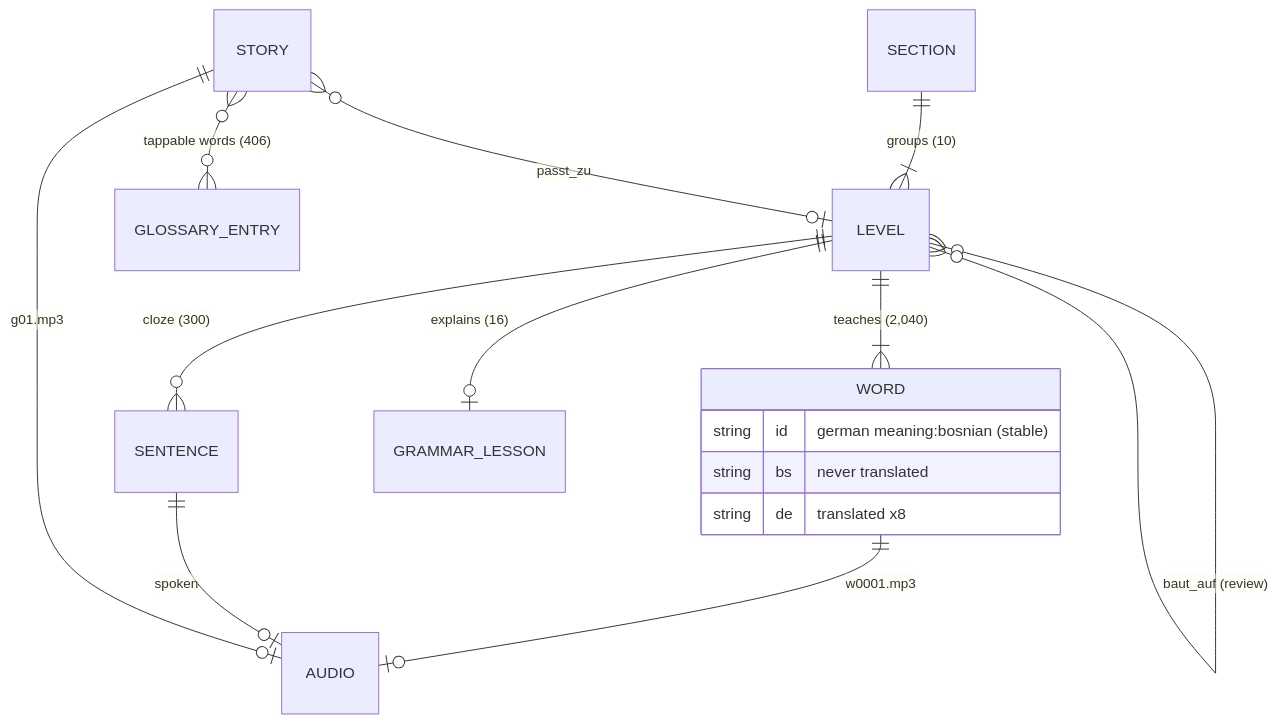
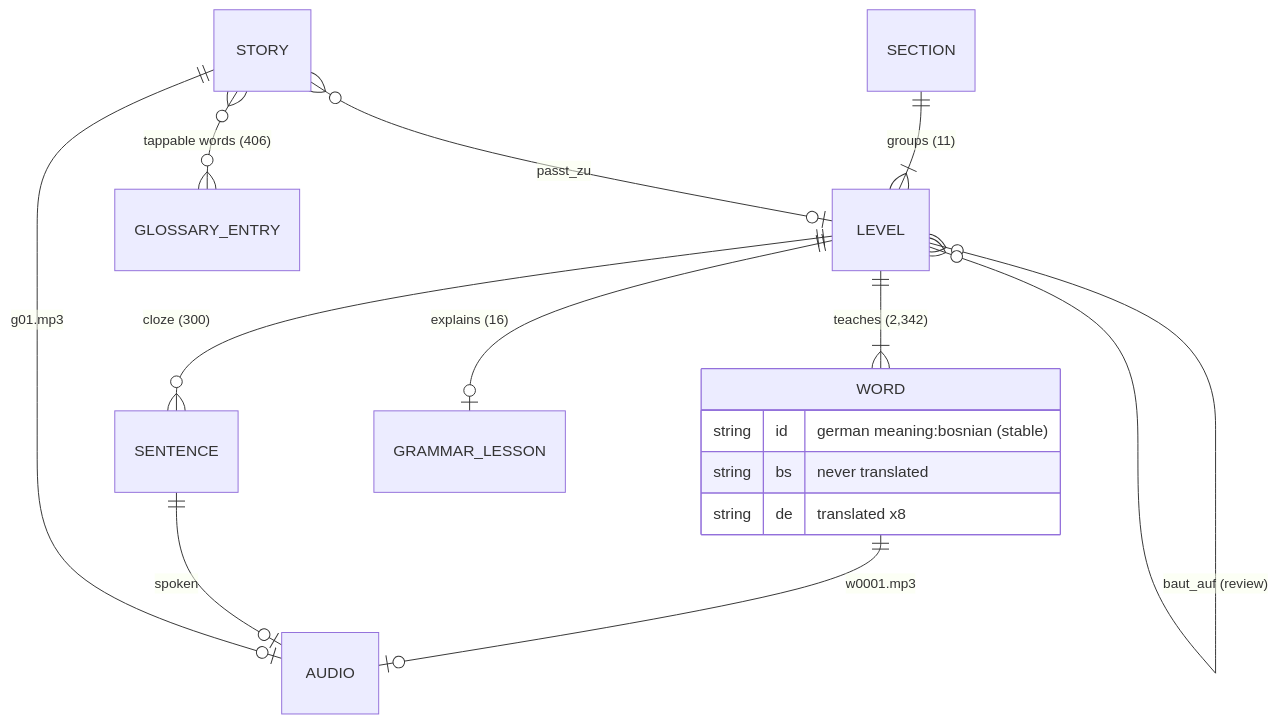
One commit to zmaj-lernapp/zmaj changed the second of 3 diagrams in docs/ARCHITECTURE.md. Above: the diagram before and after it, drawn with Mermaid. The commit also changed other lines of this file and 50 other files, not shown here.

````diff
--- a/docs/ARCHITECTURE.md
+++ b/docs/ARCHITECTURE.md
@@ -54,18 +54,18 @@
 ```mermaid
 erDiagram
-  SECTION ||--|{ LEVEL : "groups (10)"
-  LEVEL ||--|{ WORD : "teaches (2,040)"
+  SECTION ||--|{ LEVEL : "groups (11)"
+  LEVEL ||--|{ WORD : "teaches (2,342)"
   LEVEL ||--o{ SENTENCE : "cloze (300)"
   LEVEL ||--o| GRAMMAR_LESSON : "explains (16)"
   LEVEL }o--o{ LEVEL : "baut_auf (review)"
   STORY }o--o| LEVEL : "passt_zu"
   STORY }o--o{ GLOSSARY_ENTRY : "tappable words (406)"
   WORD ||--o| AUDIO : "w0001.mp3"
   SENTENCE ||--o| AUDIO : "spoken"
   STORY ||--o| AUDIO : "g01.mp3"
   WORD {
     string id "german meaning:bosnian (stable)"
     string bs "never translated"
     string de "translated x8"
   }
 ```
````
